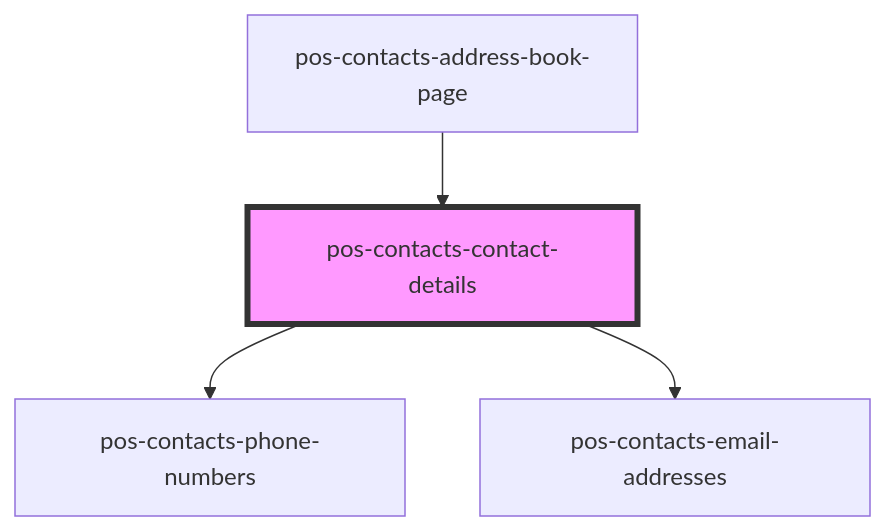
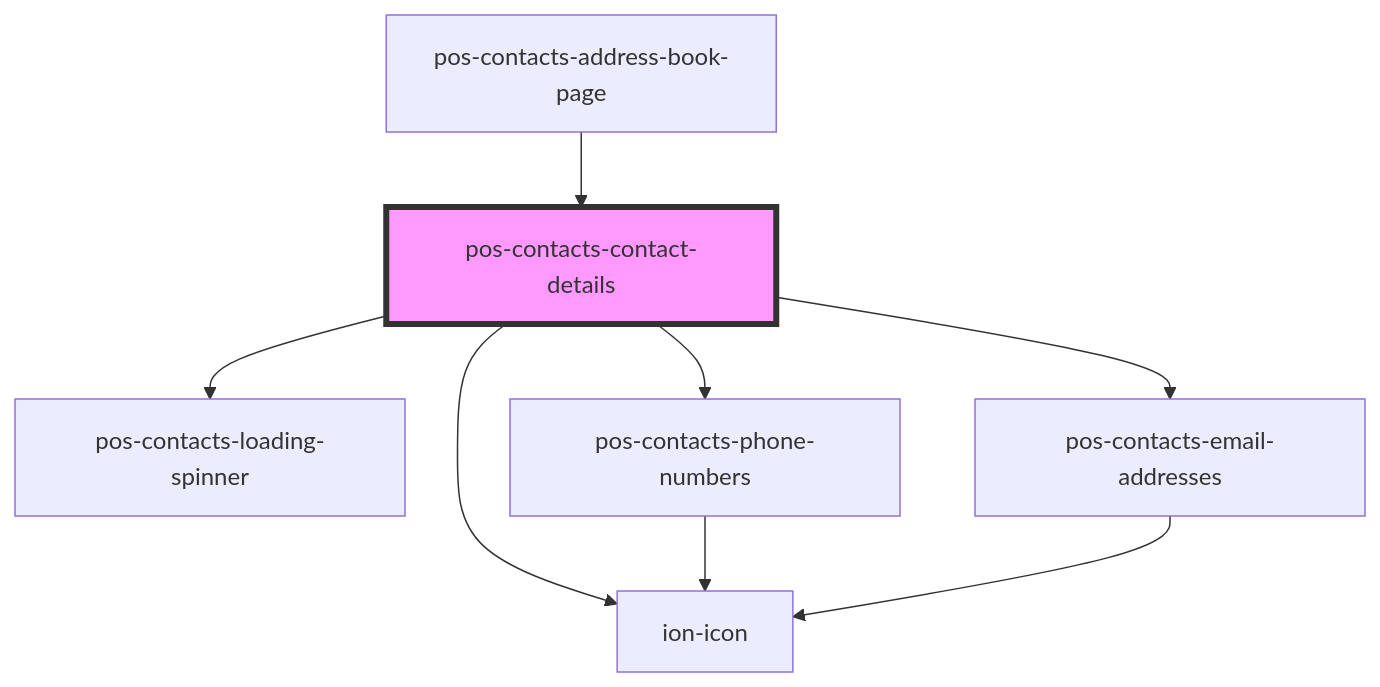
Before and after one commit to pod-os/PodOS: the diagram in contacts/src/components/contact-details/readme.md, drawn with Mermaid. The commit also changed other lines of this file and 6 other files, not shown here.

````diff
--- a/contacts/src/components/contact-details/readme.md
+++ b/contacts/src/components/contact-details/readme.md
@@ -35,7 +37,11 @@
 ```mermaid
 graph TD;
+  pos-contacts-contact-details --> pos-contacts-loading-spinner
+  pos-contacts-contact-details --> ion-icon
   pos-contacts-contact-details --> pos-contacts-phone-numbers
   pos-contacts-contact-details --> pos-contacts-email-addresses
+  pos-contacts-phone-numbers --> ion-icon
+  pos-contacts-email-addresses --> ion-icon
   pos-contacts-address-book-page --> pos-contacts-contact-details
   style pos-contacts-contact-details fill:#f9f,stroke:#333,stroke-width:4px
 ```
````
